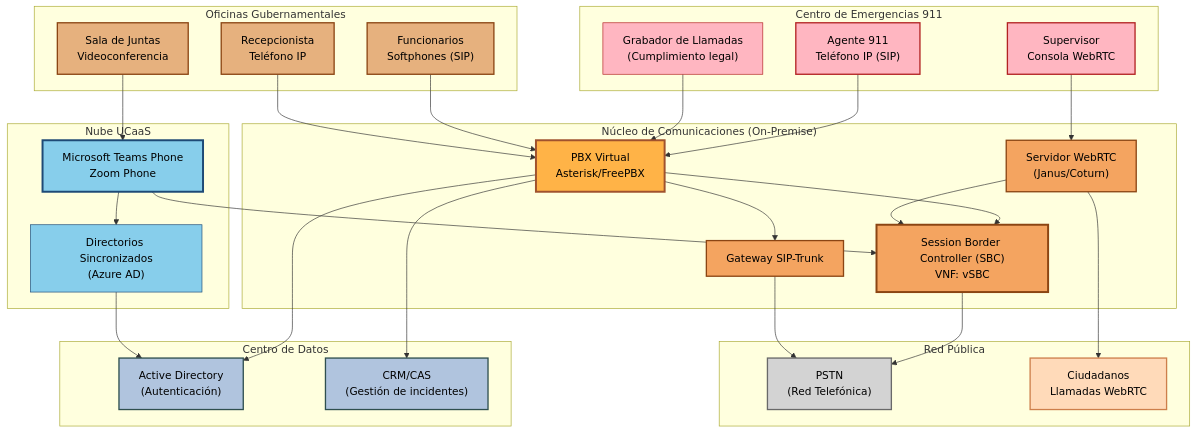
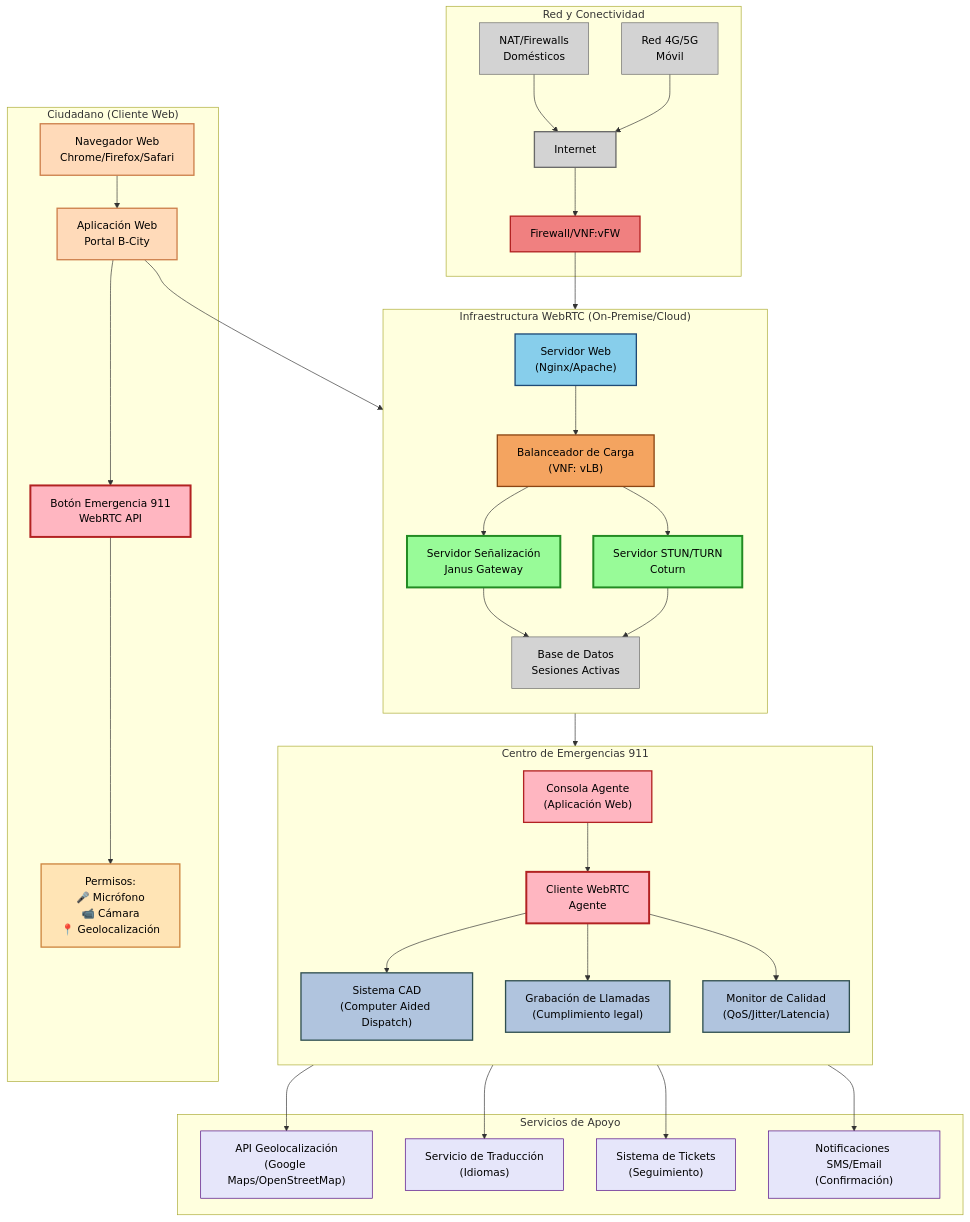
One commit to David15150/aca-telecomunicaciones changed the diagram in Esquema PBX.mermaid. Above: the diagram before and after it, drawn with Mermaid.

```diff
--- a/Esquema PBX.mermaid
+++ b/Esquema PBX.mermaid
@@ -1,79 +1,99 @@
 graph TB
-    subgraph "Centro de Emergencias 911"
-        A["Agente 911<br/>Teléfono IP (SIP)"]
-        B["Supervisor<br/>Consola WebRTC"]
-        C["Grabador de Llamadas<br/>(Cumplimiento legal)"]
+    subgraph "Ciudadano (Cliente Web)"
+        A["Navegador Web<br/>Chrome/Firefox/Safari"]
+        B["Aplicación Web<br/>Portal B-City"]
+        C["Botón Emergencia 911<br/>WebRTC API"]
+        D["Permisos:<br/>🎤 Micrófono<br/>📹 Cámara<br/>📍 Geolocalización"]
     end
 
-    subgraph "Oficinas Gubernamentales"
-        D["Funcionarios<br/>Softphones (SIP)"]
-        E["Recepcionista<br/>Teléfono IP"]
-        F["Sala de Juntas<br/>Videoconferencia"]
+    subgraph "Infraestructura WebRTC (On-Premise/Cloud)"
+        direction TB
+        E["Servidor Web<br/>(Nginx/Apache)"]
+        F["Servidor Señalización<br/>Janus Gateway"]
+        G["Servidor STUN/TURN<br/>Coturn"]
+        H["Base de Datos<br/>Sesiones Activas"]
+        I["Balanceador de Carga<br/>(VNF: vLB)"]
     end
 
-    subgraph "Núcleo de Comunicaciones (On-Premise)"
-        G["PBX Virtual<br/>Asterisk/FreePBX"]
-        H["Session Border Controller (SBC)<br/>VNF: vSBC"]
-        I["Servidor WebRTC<br/>(Janus/Coturn)"]
-        J["Gateway SIP-Trunk"]
+    subgraph "Centro de Emergencias 911"
+        direction TB
+        J["Consola Agente<br/>(Aplicación Web)"]
+        K["Cliente WebRTC<br/>Agente"]
+        L["Sistema CAD<br/>(Computer Aided Dispatch)"]
+        M["Grabación de Llamadas<br/>(Cumplimiento legal)"]
+        N["Monitor de Calidad<br/>(QoS/Jitter/Latencia)"]
     end
 
-    subgraph "Nube UCaaS"
-        K["Microsoft Teams Phone<br/>Zoom Phone"]
-        L["Directorios Sincronizados<br/>(Azure AD)"]
+    subgraph "Red y Conectividad"
+        O["Internet"]
+        P["Firewall/VNF:vFW"]
+        Q["NAT/Firewalls<br/>Domésticos"]
+        R["Red 4G/5G<br/>Móvil"]
     end
 
-    subgraph "Red Pública"
-        M["PSTN<br/>(Red Telefónica)"]
-        N["Ciudadanos<br/>Llamadas WebRTC"]
+    subgraph "Servicios de Apoyo"
+        S["API Geolocalización<br/>(Google Maps/OpenStreetMap)"]
+        T["Servicio de Traducción<br/>(Idiomas)"]
+        U["Sistema de Tickets<br/>(Seguimiento)"]
+        V["Notificaciones SMS/Email<br/>(Confirmación)"]
     end
 
-    subgraph "Centro de Datos"
-        O["Active Directory<br/>(Autenticación)"]
-        P["CRM/CAS<br/>(Gestión de incidentes)"]
-    end
-
+    %% Conexiones Ciudadano
+    A --> B
+    B --> C
+    C --> D
+    B --> E
+    
+    %% Conexiones Infraestructura
+    E --> I
+    I --> F
+    I --> G
+    F --> H
+    G --> H
+    
+    %% Conexiones Red
+    O --> P
+    P --> I
+    Q --> O
+    R --> O
+    
     %% Conexiones Emergencias
-    A --> G
-    B --> I
-    C --> G
+    I --> J
+    J --> K
+    K --> L
+    K --> M
+    K --> N
     
-    %% Conexiones Oficinas
-    D --> G
-    E --> G
-    F --> K
+    %% Conexiones Servicios Apoyo
+    K --> S
+    K --> T
+    L --> U
+    K --> V
     
-    %% Conexiones Núcleo
-    G --> H
-    I --> H
-    G --> J
-    G --> O
-    G --> P
+    %% Estilos mejorados
+    style A fill:#FFDAB9,stroke:#CD7F4B,stroke-width:2px,color:#000000
+    style B fill:#FFDAB9,stroke:#CD7F4B,stroke-width:2px,color:#000000
+    style C fill:#FFB6C1,stroke:#B22222,stroke-width:3px,color:#000000
+    style D fill:#FFE4B5,stroke:#CD853F,stroke-width:2px,color:#000000
     
-    %% Conexiones Nube
-    K --> H
-    K --> L
-    L --> O
+    style E fill:#87CEEB,stroke:#1E4A76,stroke-width:2px,color:#000000
+    style F fill:#98FB98,stroke:#228B22,stroke-width:3px,color:#000000
+    style G fill:#98FB98,stroke:#228B22,stroke-width:3px,color:#000000
+    style H fill:#D3D3D3,stroke:#696969,stroke-width:1px,color:#000000
+    style I fill:#F4A460,stroke:#8B4513,stroke-width:2px,color:#000000
     
-    %% Conexiones Externas
-    H --> M
-    I --> N
-    J --> M
+    style J fill:#FFB6C1,stroke:#B22222,stroke-width:2px,color:#000000
+    style K fill:#FFB6C1,stroke:#B22222,stroke-width:3px,color:#000000
+    style L fill:#B0C4DE,stroke:#2F4F4F,stroke-width:2px,color:#000000
+    style M fill:#B0C4DE,stroke:#2F4F4F,stroke-width:2px,color:#000000
+    style N fill:#B0C4DE,stroke:#2F4F4F,stroke-width:2px,color:#000000
     
-    %% Estilos
-    style A fill:#FFB6C1,stroke:#B22222,stroke-width:2px,color:#000000
-    style B fill:#FFB6C1,stroke:#B22222,stroke-width:2px,color:#000000
-    style C fill:#FFB6C1,stroke:#B22222,stroke-width:1px,color:#000000
-    style D fill:#E6B17E,stroke:#8B4513,stroke-width:2px,color:#000000
-    style E fill:#E6B17E,stroke:#8B4513,stroke-width:2px,color:#000000
-    style F fill:#E6B17E,stroke:#8B4513,stroke-width:2px,color:#000000
-    style G fill:#FFB347,stroke:#A0522D,stroke-width:3px,color:#000000
-    style H fill:#F4A460,stroke:#8B4513,stroke-width:3px,color:#000000
-    style I fill:#F4A460,stroke:#8B4513,stroke-width:2px,color:#000000
-    style J fill:#F4A460,stroke:#8B4513,stroke-width:2px,color:#000000
-    style K fill:#87CEEB,stroke:#1E4A76,stroke-width:3px,color:#000000
-    style L fill:#87CEEB,stroke:#1E4A76,stroke-width:1px,color:#000000
-    style M fill:#D3D3D3,stroke:#696969,stroke-width:2px,color:#000000
-    style N fill:#FFDAB9,stroke:#CD7F4B,stroke-width:2px,color:#000000
-    style O fill:#B0C4DE,stroke:#2F4F4F,stroke-width:2px,color:#000000
-    style P fill:#B0C4DE,stroke:#2F4F4F,stroke-width:2px,color:#000000
+    style O fill:#D3D3D3,stroke:#696969,stroke-width:2px,color:#000000
+    style P fill:#F08080,stroke:#B22222,stroke-width:2px,color:#000000
+    style Q fill:#D3D3D3,stroke:#696969,stroke-width:1px,color:#000000
+    style R fill:#D3D3D3,stroke:#696969,stroke-width:1px,color:#000000
+    
+    style S fill:#E6E6FA,stroke:#4B0082,stroke-width:1px,color:#000000
+    style T fill:#E6E6FA,stroke:#4B0082,stroke-width:1px,color:#000000
+    style U fill:#E6E6FA,stroke:#4B0082,stroke-width:1px,color:#000000
+    style V fill:#E6E6FA,stroke:#4B0082,stroke-width:1px,color:#000000
```
